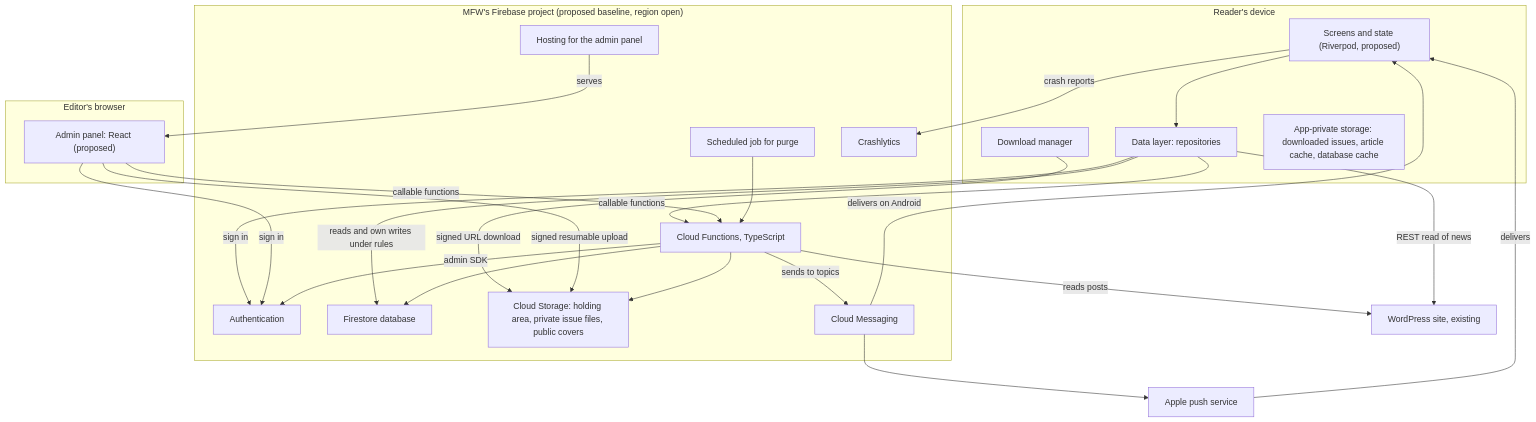
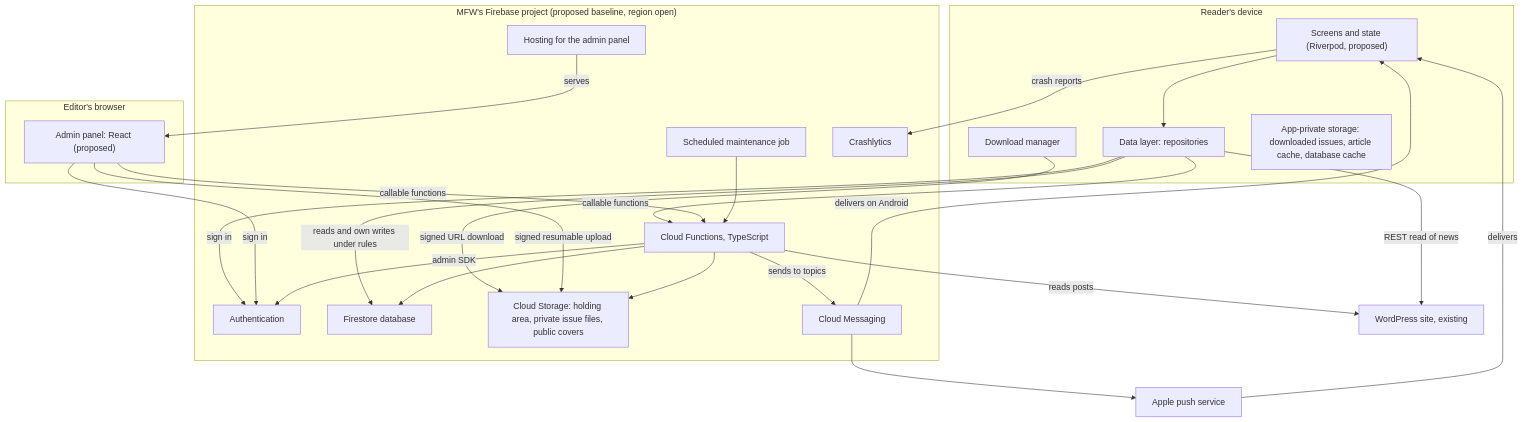
Before and after one commit to sanikaattarde/Metal-Forming-World-MFW-: the second of 12 diagrams in Documentation/SYSTEM_ARCHITECTURE.md, drawn with Mermaid. The commit also changed other lines of this file and 3 other files, not shown here.

First line of the commit message:
docs(architecture): follow the review of issue 32

````diff
--- a/Documentation/SYSTEM_ARCHITECTURE.md
+++ b/Documentation/SYSTEM_ARCHITECTURE.md
@@ -192,44 +193,44 @@
 ```mermaid
 flowchart TB
   subgraph device["Reader's device"]
     ui["Screens and state (Riverpod, proposed)"]
     data["Data layer: repositories"]
     dl["Download manager"]
     local["App-private storage: downloaded issues, article cache, database cache"]
   end
   subgraph browser["Editor's browser"]
     panel["Admin panel: React (proposed)"]
   end
   subgraph fb["MFW's Firebase project (proposed baseline, region open)"]
     auth["Authentication"]
     db["Firestore database"]
     fn["Cloud Functions, TypeScript"]
-    sched["Scheduled job for purge"]
+    sched["Scheduled maintenance job"]
     files["Cloud Storage: holding area, private issue files, public covers"]
     fcm["Cloud Messaging"]
     host["Hosting for the admin panel"]
     crash["Crashlytics"]
   end
   wp["WordPress site, existing"]
   apns["Apple push service"]
   ui --> data
   data -->|sign in| auth
   data -->|reads and own writes under rules| db
   data -->|callable functions| fn
   dl -->|signed URL download| files
   data -->|REST read of news| wp
   ui -->|crash reports| crash
   panel -->|sign in| auth
   panel -->|callable functions| fn
   panel -->|signed resumable upload| files
   host -->|serves| panel
   fn --> db
   fn --> files
   fn -->|admin SDK| auth
   fn -->|reads posts| wp
   fn -->|sends to topics| fcm
   sched --> fn
   fcm --> apns
   apns -->|delivers| ui
   fcm -->|delivers on Android| ui
 ```
````
